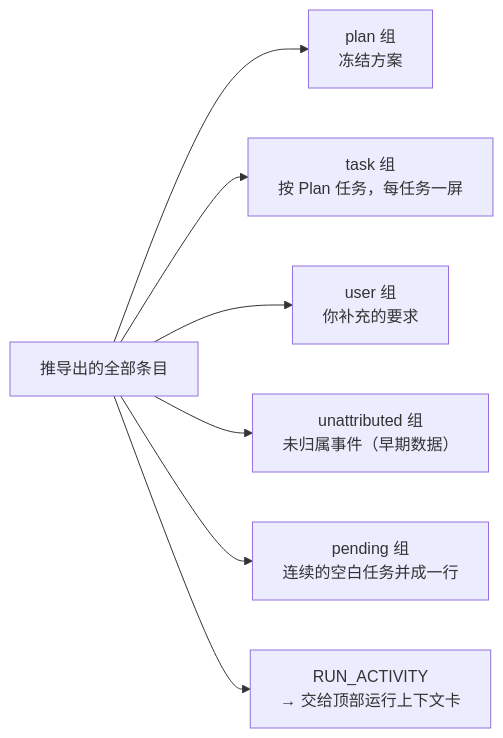
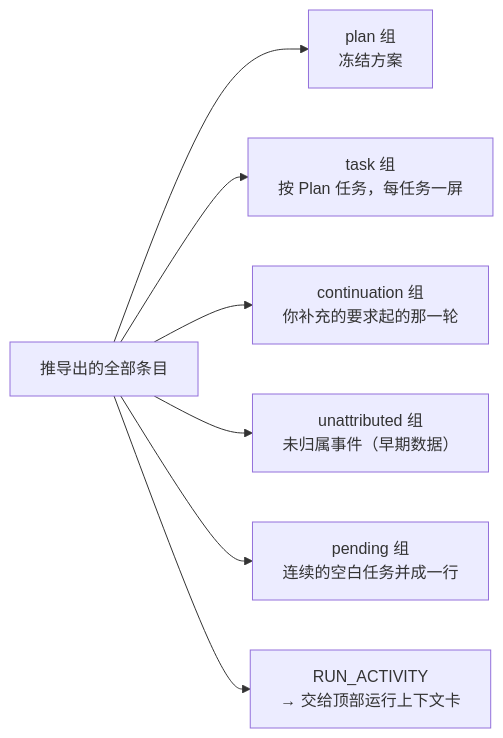
One commit to DigitalMarsh/pipeline-factory changed the fifth of 10 diagrams in docs/消息类型及事件状态机流程图.md. Above: the diagram before and after it, drawn with Mermaid. The commit also changed other lines of this file and 7 other files, not shown here.

````diff
--- a/docs/消息类型及事件状态机流程图.md
+++ b/docs/消息类型及事件状态机流程图.md
@@ -837,9 +841,9 @@
 ```mermaid
 flowchart LR
   ALL["推导出的全部条目"] --> G1["plan 组<br/>冻结方案"]
   ALL --> G2["task 组<br/>按 Plan 任务，每任务一屏"]
-  ALL --> G3["user 组<br/>你补充的要求"]
+  ALL --> G3["continuation 组<br/>你补充的要求起的那一轮"]
   ALL --> G4["unattributed 组<br/>未归属事件（早期数据）"]
   ALL --> G5["pending 组<br/>连续的空白任务并成一行"]
   ALL --> H["RUN_ACTIVITY<br/>→ 交给顶部运行上下文卡"]
 ```
````
